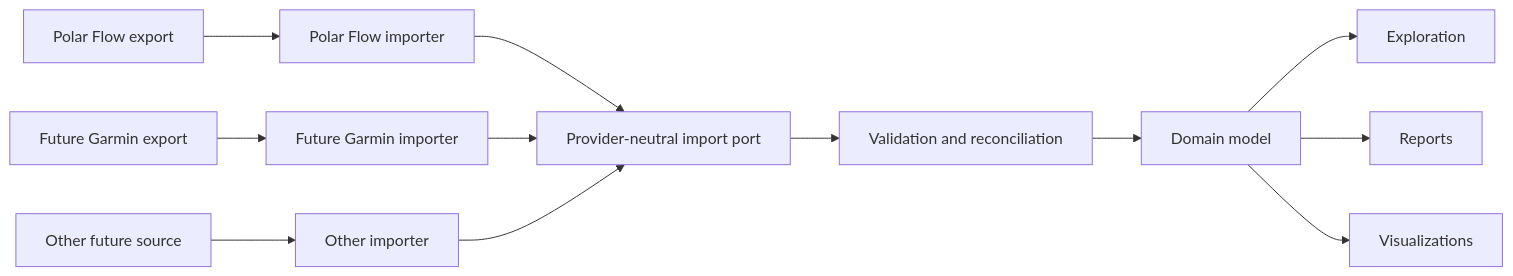
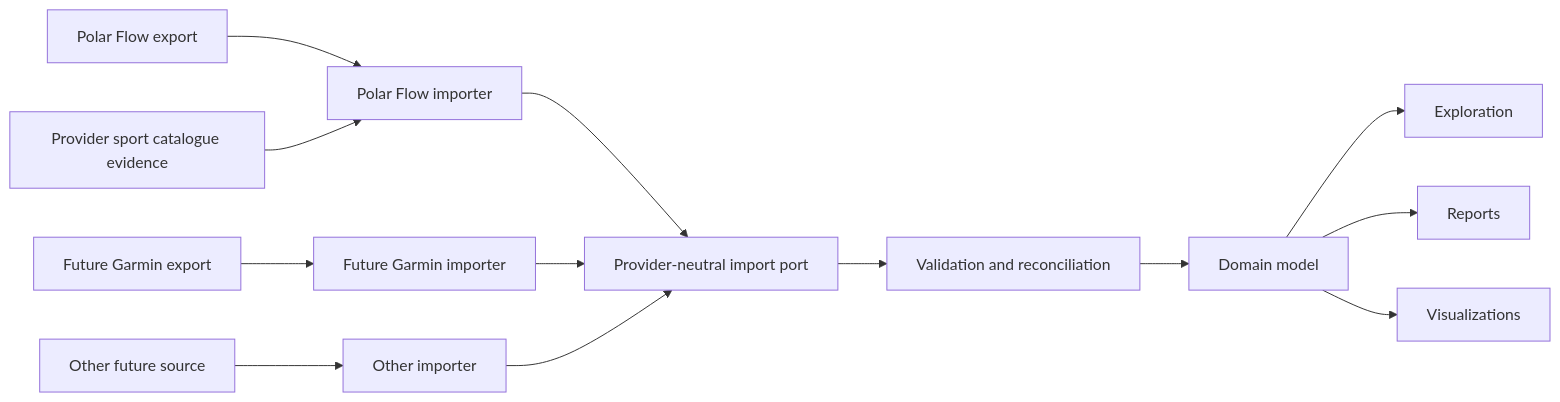
One commit to purnalica/fitfreed changed the diagram in docs/architecture/source-integration.md. Above: the diagram before and after it, drawn with Mermaid. The commit also changed other lines of this file and 103 other files, not shown here.

````diff
--- a/docs/architecture/source-integration.md
+++ b/docs/architecture/source-integration.md
@@ -13,16 +13,17 @@
 ```mermaid
 flowchart LR
     PF[Polar Flow export] --> PFA[Polar Flow importer]
+    PC[Provider sport catalogue evidence] --> PFA
     GA[Future Garmin export] --> GAA[Future Garmin importer]
     OS[Other future source] --> OSA[Other importer]
 
     PFA --> IP[Provider-neutral import port]
     GAA --> IP
     OSA --> IP
 
     IP --> RC[Validation and reconciliation]
     RC --> DM[Domain model]
     DM --> EX[Exploration]
     DM --> RP[Reports]
     DM --> VS[Visualizations]
 ```
````
